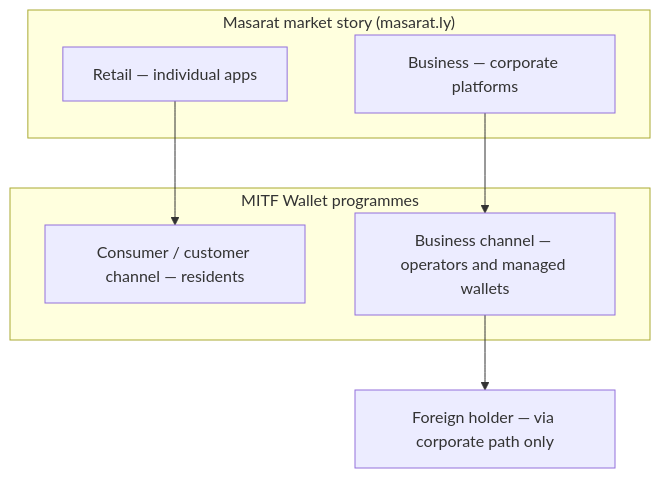
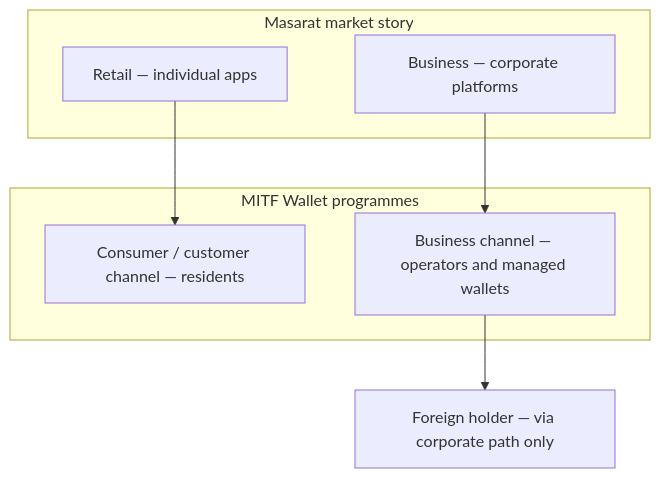
Before and after one commit to mitf-dev-space/mitf_wallet_public_docs: the diagram in docs/getting-started/masarat-customer-segments.md, drawn with Mermaid. The commit also changed other lines of this file and 30 other files, not shown here.

````diff
--- a/docs/getting-started/masarat-customer-segments.md
+++ b/docs/getting-started/masarat-customer-segments.md
@@ -25,16 +17,16 @@
 ```mermaid
 flowchart TB
-  subgraph masarat["Masarat market story (masarat.ly)"]
+  subgraph masarat["Masarat market story"]
     R[Retail — individual apps]
     B[Business — corporate platforms]
   end
 
   subgraph wallet["MITF Wallet programmes"]
     C[Consumer / customer channel — residents]
     O[Business channel — operators and managed wallets]
   end
 
   R --> C
   B --> O
   O --> F[Foreign holder — via corporate path only]
 ```
````
